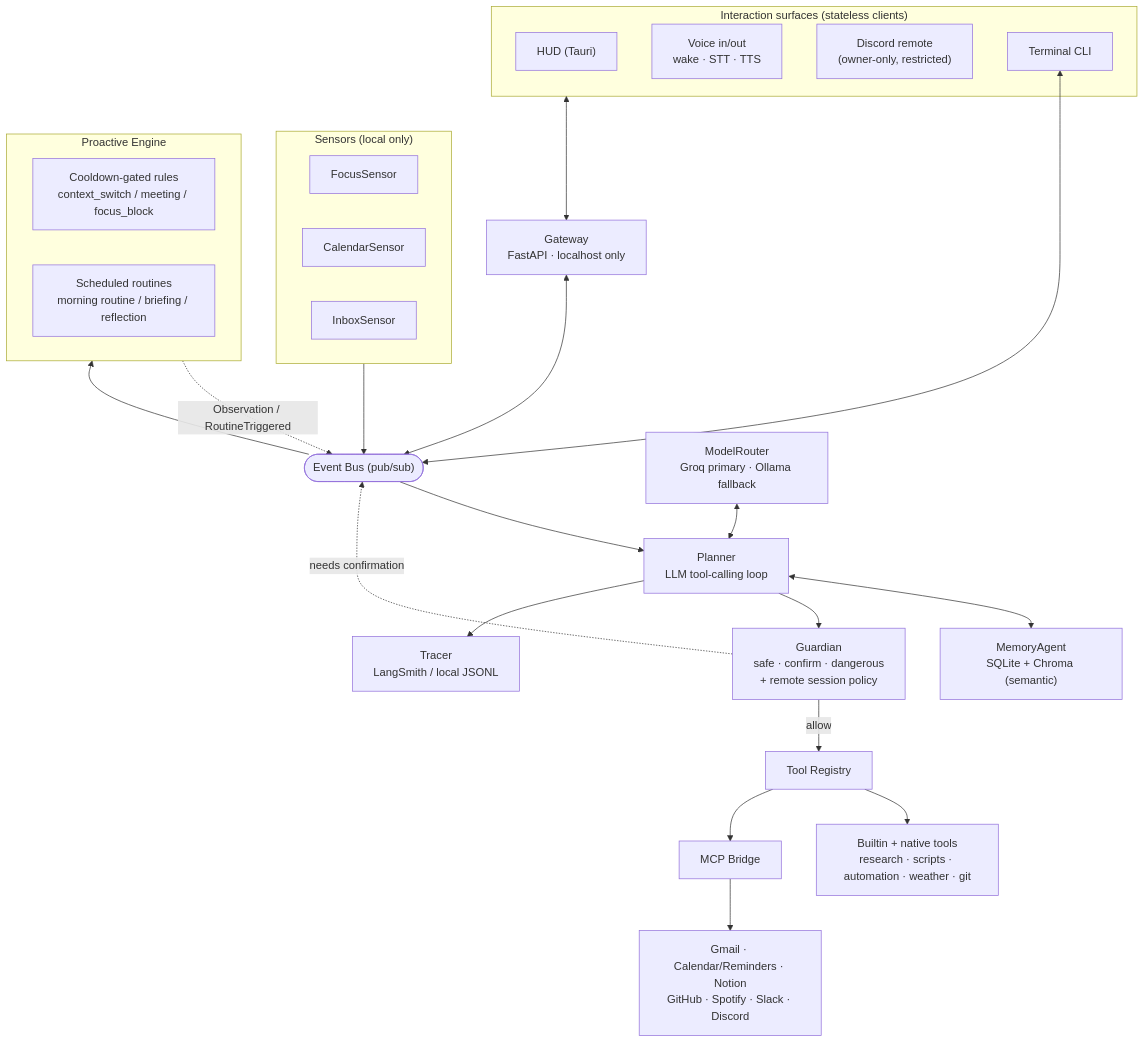
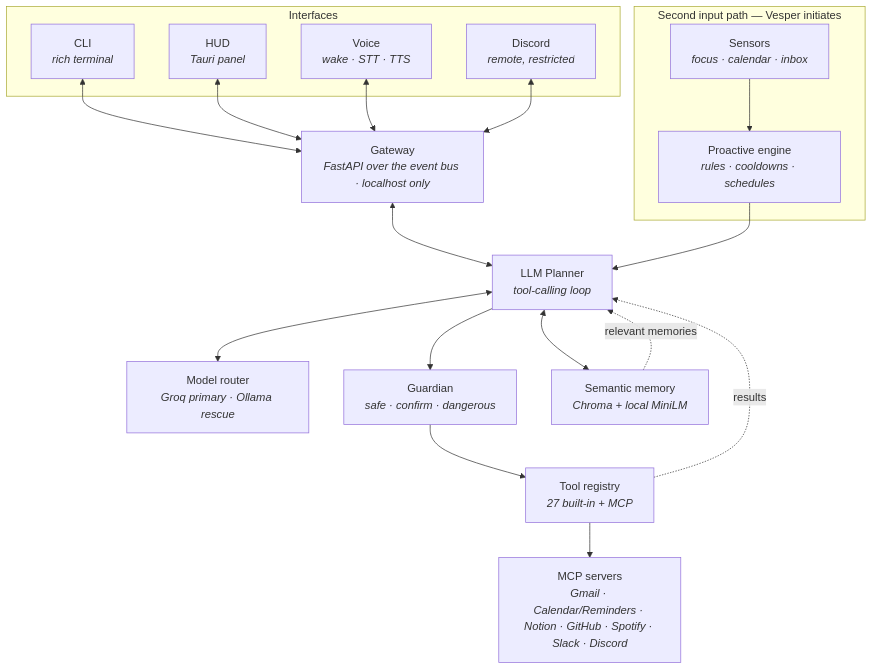
The diagram in README.md (ParrvLuthra22/vesper), drawn with Mermaid before and after one commit. The commit also changed other lines of this file and 5 other files, not shown here.

````diff
--- a/README.md
+++ b/README.md
@@ -29,42 +27,35 @@
 ```mermaid
 flowchart TB
-    subgraph Sensing["Sensors (local only)"]
-        Focus["FocusSensor"]
-        Cal["CalendarSensor"]
-        Inbox["InboxSensor"]
+    subgraph Interfaces
+        CLI["CLI<br/><i>rich terminal</i>"]
+        HUD["HUD<br/><i>Tauri panel</i>"]
+        VOICE["Voice<br/><i>wake · STT · TTS</i>"]
+        REMOTE["Discord<br/><i>remote, restricted</i>"]
     end
 
-    subgraph Proactive["Proactive Engine"]
-        Rules["Cooldown-gated rules<br/>context_switch / meeting / focus_block"]
-        Sched["Scheduled routines<br/>morning routine / briefing / reflection"]
+    GW["Gateway<br/><i>FastAPI over the event bus · localhost only</i>"]
+
+    subgraph Proactive["Second input path — Vesper initiates"]
+        SENSORS["Sensors<br/><i>focus · calendar · inbox</i>"]
+        ENGINE["Proactive engine<br/><i>rules · cooldowns · schedules</i>"]
     end
 
-    Bus(["Event Bus (pub/sub)"])
-    Sensing --> Bus
-    Bus --> Proactive
-    Proactive -.->|Observation / RoutineTriggered| Bus
+    PLANNER["LLM Planner<br/><i>tool-calling loop</i>"]
+    ROUTER["Model router<br/><i>Groq primary · Ollama rescue</i>"]
+    GUARD["Guardian<br/><i>safe · confirm · dangerous</i>"]
+    TOOLS["Tool registry<br/><i>27 built-in + MCP</i>"]
+    MCP["MCP servers<br/><i>Gmail · Calendar/Reminders · Notion · GitHub · Spotify · Slack · Discord</i>"]
+    MEM["Semantic memory<br/><i>Chroma + local MiniLM</i>"]
 
-    Bus --> Planner["Planner<br/>LLM tool-calling loop"]
-    Router["ModelRouter<br/>Groq primary · Ollama fallback"] <--> Planner
-    Planner <--> Memory["MemoryAgent<br/>SQLite + Chroma (semantic)"]
-
-    Planner --> Guardian["Guardian<br/>safe · confirm · dangerous<br/>+ remote session policy"]
-    Guardian -->|allow| Registry["Tool Registry"]
-    Guardian -.->|needs confirmation| Bus
-
-    Registry --> Builtin["Builtin + native tools<br/>research · scripts · automation · weather · git"]
-    Registry --> MCP["MCP Bridge"]
-    MCP --> Servers["Gmail · Calendar/Reminders · Notion<br/>GitHub · Spotify · Slack · Discord"]
-
-    Planner --> Tracer["Tracer<br/>LangSmith / local JSONL"]
-
-    subgraph Clients["Interaction surfaces (stateless clients)"]
-        HUD["HUD (Tauri)"]
-        Voice["Voice in/out<br/>wake · STT · TTS"]
-        Remote["Discord remote<br/>(owner-only, restricted)"]
-        Term["Terminal CLI"]
-    end
-    Gateway["Gateway<br/>FastAPI · localhost only"] <--> Bus
-    Clients <--> Gateway
-    Term <--> Bus
+    CLI <--> GW
+    HUD <--> GW
+    VOICE <--> GW
+    REMOTE <--> GW
+    GW <--> PLANNER
+    SENSORS --> ENGINE --> PLANNER
+    PLANNER <--> ROUTER
+    PLANNER --> GUARD --> TOOLS --> MCP
+    PLANNER <--> MEM
+    MEM -. "relevant memories" .-> PLANNER
+    TOOLS -. "results" .-> PLANNER
 ```
````
